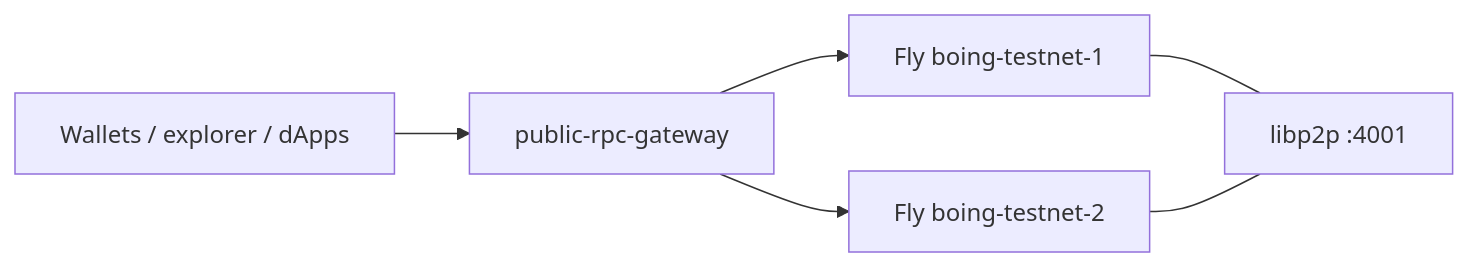
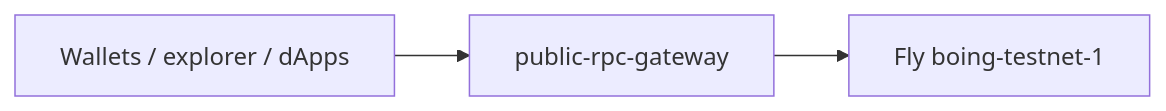
One commit to Boing-Network/boing.network changed the diagram in docs/FLY-IO.md. Above: the diagram before and after it, drawn with Mermaid. The commit also changed other lines of this file and 20 other files, not shown here.

First line of the commit message:
ops(testnet): retire Fly app boing-testnet-2

````diff
--- a/docs/FLY-IO.md
+++ b/docs/FLY-IO.md
@@ -11,8 +11,5 @@
 ```mermaid
 flowchart LR
   Client[Wallets / explorer / dApps] --> GW[public-rpc-gateway]
   GW --> F1[Fly boing-testnet-1]
-  GW --> F2[Fly boing-testnet-2]
-  F1 --- P2P[libp2p :4001]
-  F2 --- P2P
 ```
````
